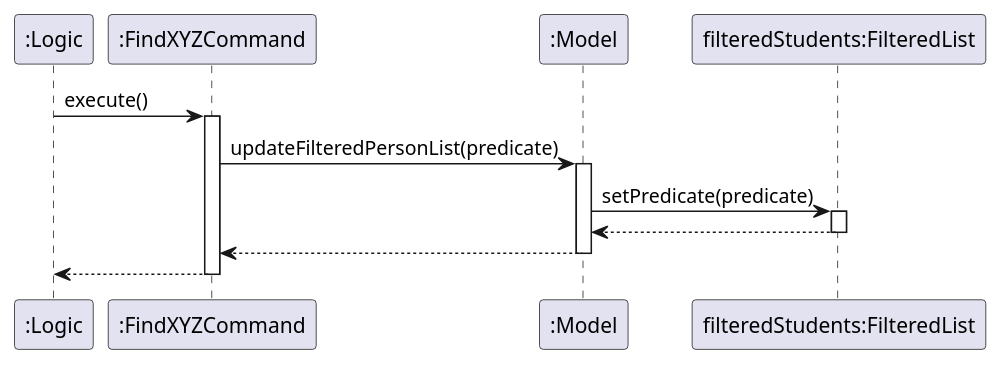
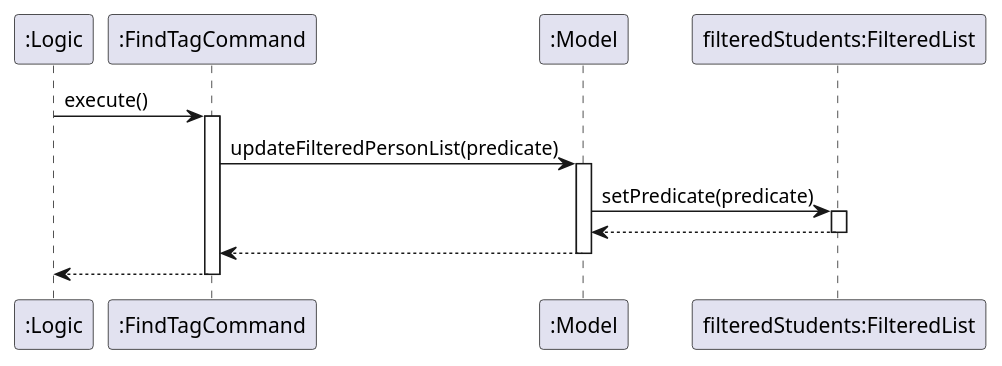
Before and after one commit to softmagnet/tp: the diagram in docs/diagrams/plantuml/FindXYZ.puml, drawn with PlantUML. The commit also changed 4 other files, not shown here.

Commit message:
Update Model UML in DG

```diff
--- a/docs/diagrams/plantuml/FindXYZ.puml
+++ b/docs/diagrams/plantuml/FindXYZ.puml
@@ -1,11 +1,11 @@
 @startuml
-":Logic" -> ":FindXYZCommand" : execute()
-activate ":FindXYZCommand"
-":FindXYZCommand" -> ":Model" : updateFilteredPersonList(predicate)
+":Logic" -> ":FindTagCommand" : execute()
+activate ":FindTagCommand"
+":FindTagCommand" -> ":Model" : updateFilteredPersonList(predicate)
 activate ":Model"
 ":Model" -> "filteredStudents:FilteredList" : setPredicate(predicate)
 activate "filteredStudents:FilteredList"
 return
 return
 return
 @enduml
```
